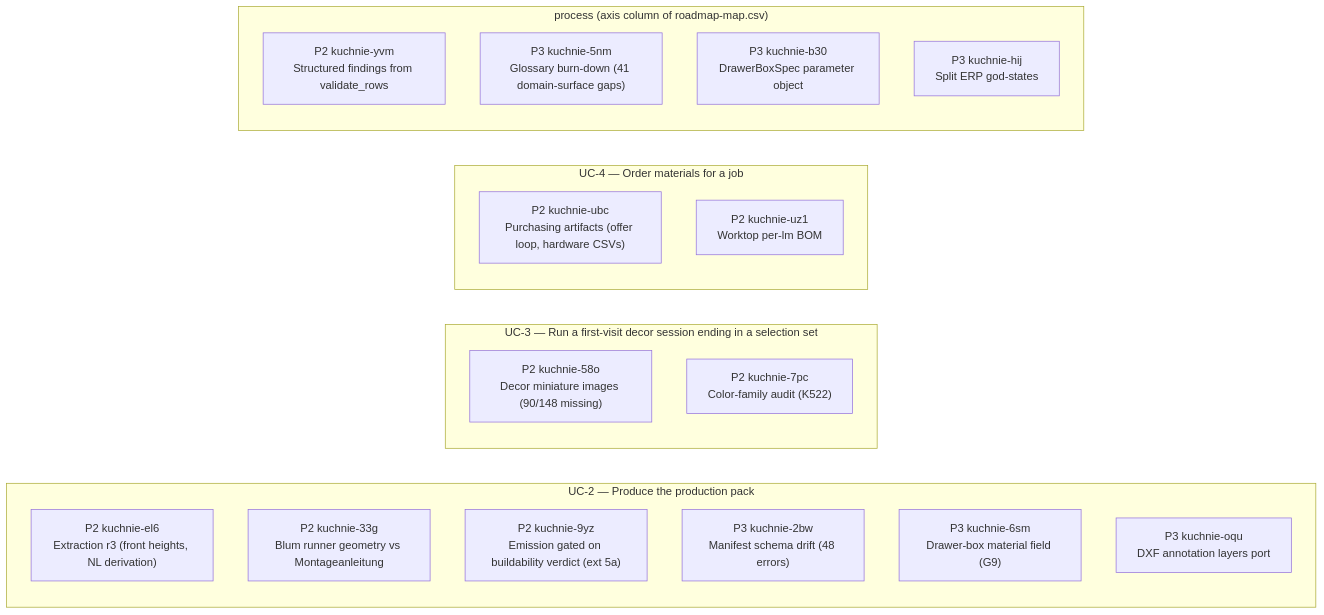
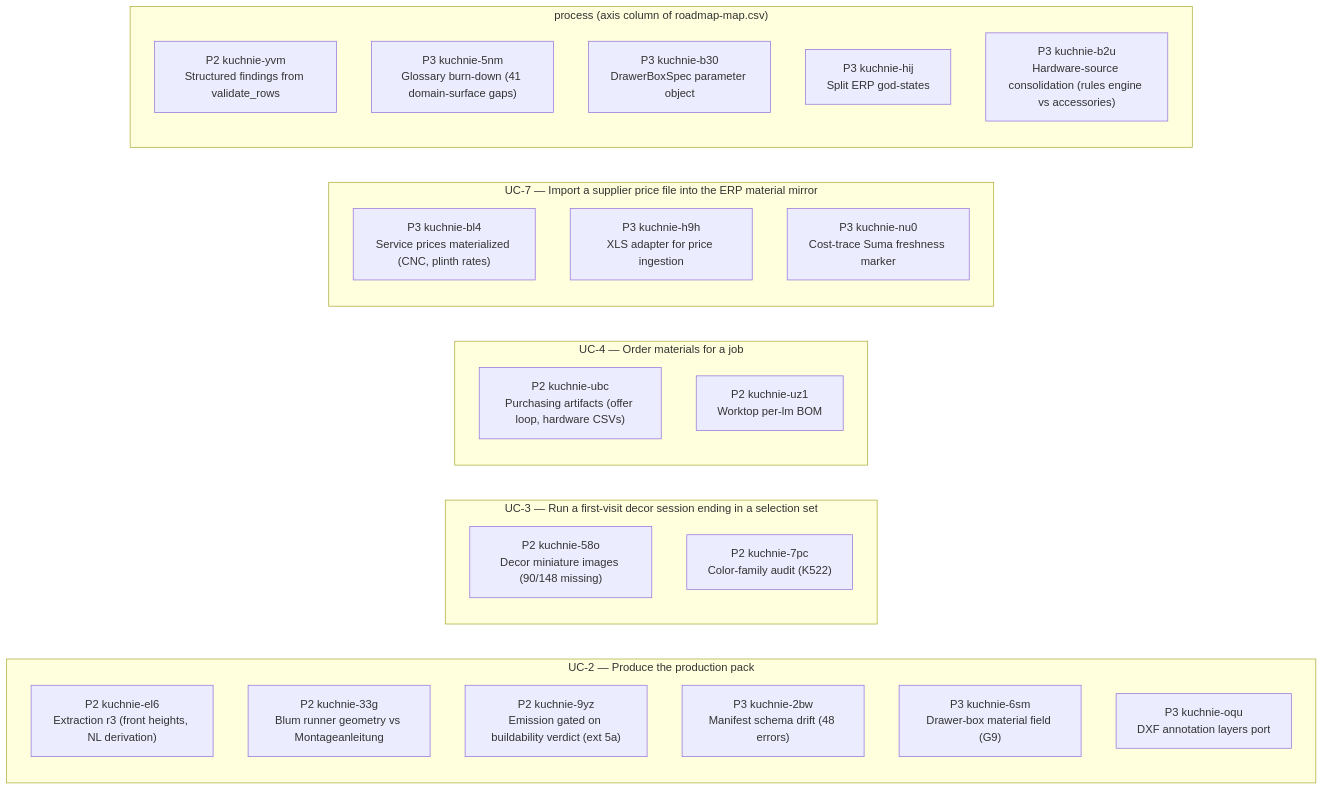
One commit to m1981/kuchnie changed the second of 2 diagrams in STATUS.md. Above: the diagram before and after it, drawn with Mermaid. The commit also changed other lines of this file and 1 other file, not shown here.

First line of the commit message:
docs: map 4 open bd issues into roadmap-map.csv (hardware seam, service prices, XLS adapter, Suma marker); STATUS regenerated — unmapped warning cleared

````diff
--- a/STATUS.md
+++ b/STATUS.md
@@ -147,25 +151,31 @@
 ```mermaid
 flowchart LR
     subgraph gUC_2 ["UC-2 — Produce the production pack"]
         u_kuchnie_el6["P2 kuchnie-el6<br/>Extraction r3 (front heights, NL derivation)"]
         u_kuchnie_33g["P2 kuchnie-33g<br/>Blum runner geometry vs Montageanleitung"]
         u_kuchnie_9yz["P2 kuchnie-9yz<br/>Emission gated on buildability verdict (ext 5a)"]
         u_kuchnie_2bw["P3 kuchnie-2bw<br/>Manifest schema drift (48 errors)"]
         u_kuchnie_6sm["P3 kuchnie-6sm<br/>Drawer-box material field (G9)"]
         u_kuchnie_oqu["P3 kuchnie-oqu<br/>DXF annotation layers port"]
     end
     subgraph gUC_3 ["UC-3 — Run a first-visit decor session ending in a selection set"]
         u_kuchnie_58o["P2 kuchnie-58o<br/>Decor miniature images (90/148 missing)"]
         u_kuchnie_7pc["P2 kuchnie-7pc<br/>Color-family audit (K522)"]
     end
     subgraph gUC_4 ["UC-4 — Order materials for a job"]
         u_kuchnie_ubc["P2 kuchnie-ubc<br/>Purchasing artifacts (offer loop, hardware CSVs)"]
         u_kuchnie_uz1["P2 kuchnie-uz1<br/>Worktop per-lm BOM"]
     end
+    subgraph gUC_7 ["UC-7 — Import a supplier price file into the ERP material mirror"]
+        u_kuchnie_bl4["P3 kuchnie-bl4<br/>Service prices materialized (CNC, plinth rates)"]
+        u_kuchnie_h9h["P3 kuchnie-h9h<br/>XLS adapter for price ingestion"]
+        u_kuchnie_nu0["P3 kuchnie-nu0<br/>Cost-trace Suma freshness marker"]
+    end
     subgraph g_none ["process (axis column of roadmap-map.csv)"]
         u_kuchnie_yvm["P2 kuchnie-yvm<br/>Structured findings from validate_rows"]
         u_kuchnie_5nm["P3 kuchnie-5nm<br/>Glossary burn-down (41 domain-surface gaps)"]
         u_kuchnie_b30["P3 kuchnie-b30<br/>DrawerBoxSpec parameter object"]
         u_kuchnie_hij["P3 kuchnie-hij<br/>Split ERP god-states"]
+        u_kuchnie_b2u["P3 kuchnie-b2u<br/>Hardware-source consolidation (rules engine vs accessories)"]
     end
 ```
````
